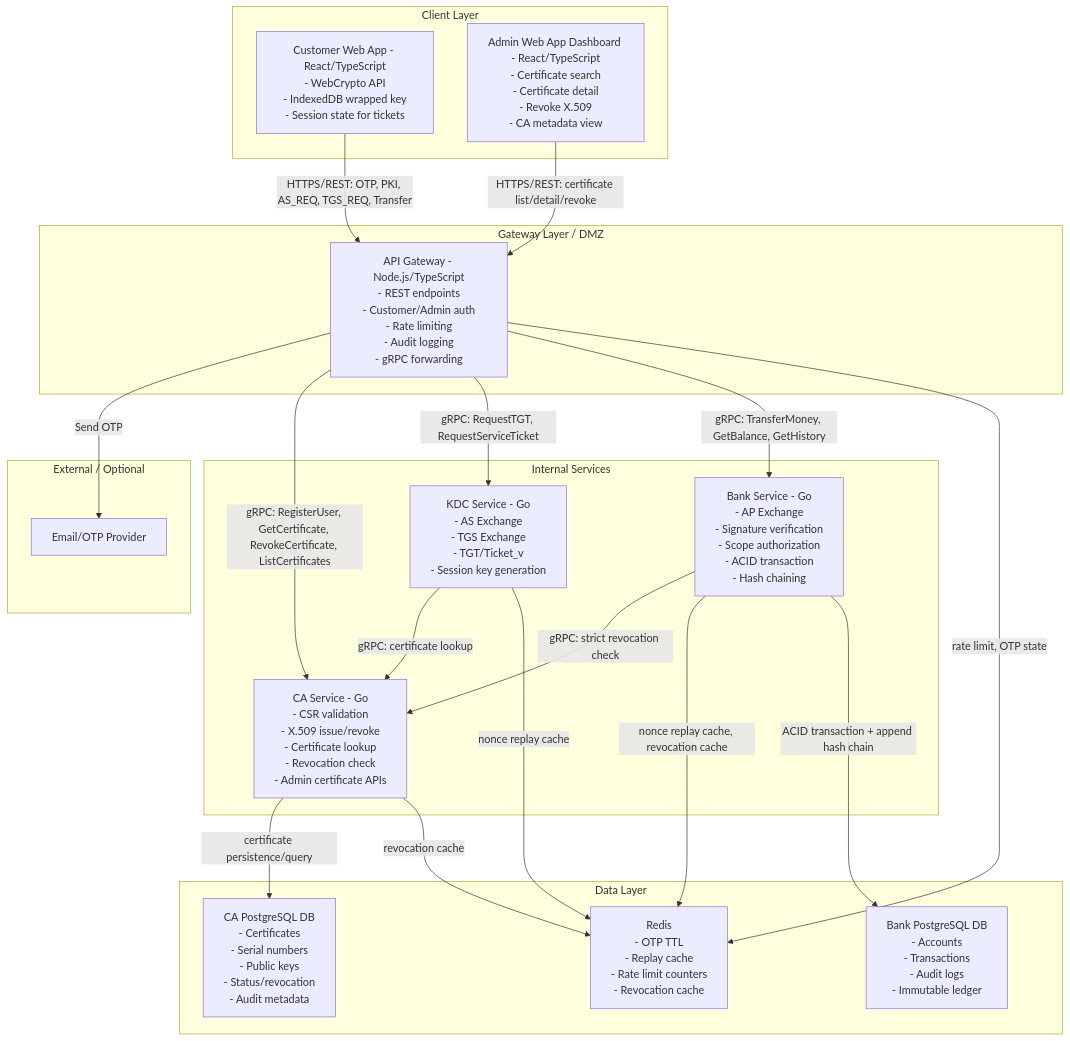
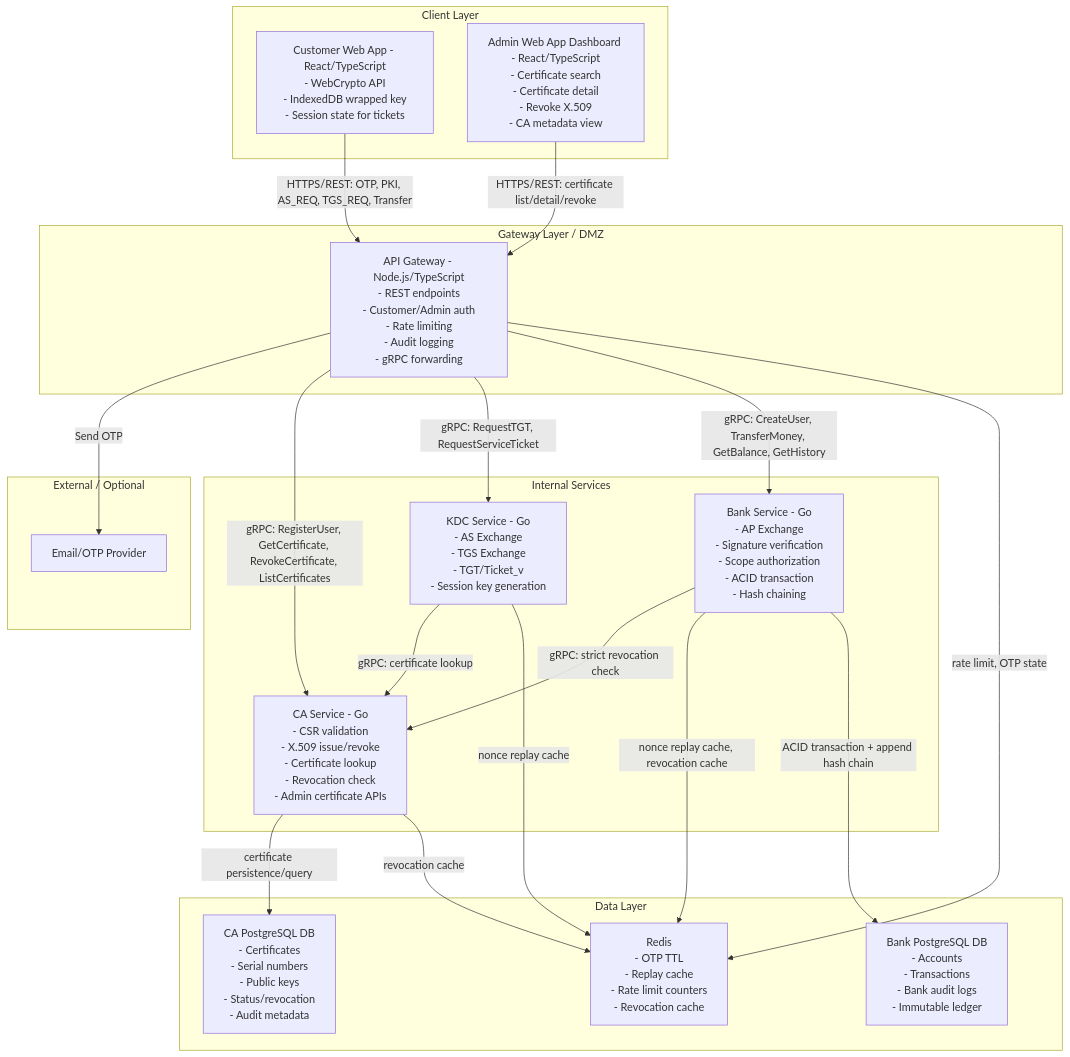
Before and after one commit to TNTT2305hcmus/mini-banking-app: the second of 6 diagrams in blueprint/design.md, drawn with Mermaid. The commit also changed other lines of this file and 25 other files, not shown here.

````diff
--- a/blueprint/design.md
+++ b/blueprint/design.md
@@ -307,45 +308,45 @@
 ```mermaid
 flowchart TB
     subgraph ClientLayer["Client Layer"]
         CustomerWeb["Customer Web App - React/TypeScript\n- WebCrypto API\n- IndexedDB wrapped key\n- Session state for tickets"]
         AdminDashboard["Admin Web App Dashboard - React/TypeScript\n- Certificate search\n- Certificate detail\n- Revoke X.509\n- CA metadata view"]
     end
 
     subgraph DMZ["Gateway Layer / DMZ"]
         Gateway["API Gateway - Node.js/TypeScript\n- REST endpoints\n- Customer/Admin auth\n- Rate limiting\n- Audit logging\n- gRPC forwarding"]
     end
 
     subgraph Internal["Internal Services"]
         CA["CA Service - Go\n- CSR validation\n- X.509 issue/revoke\n- Certificate lookup\n- Revocation check\n- Admin certificate APIs"]
         KDC["KDC Service - Go\n- AS Exchange\n- TGS Exchange\n- TGT/Ticket_v\n- Session key generation"]
         Bank["Bank Service - Go\n- AP Exchange\n- Signature verification\n- Scope authorization\n- ACID transaction\n- Hash chaining"]
     end
 
     subgraph Data["Data Layer"]
         CADB["CA PostgreSQL DB\n- Certificates\n- Serial numbers\n- Public keys\n- Status/revocation\n- Audit metadata"]
-        BankDB["Bank PostgreSQL DB\n- Accounts\n- Transactions\n- Audit logs\n- Immutable ledger"]
+        BankDB["Bank PostgreSQL DB\n- Accounts\n- Transactions\n- Bank audit logs\n- Immutable ledger"]
         Redis["Redis\n- OTP TTL\n- Replay cache\n- Rate limit counters\n- Revocation cache"]
     end
 
     subgraph External["External / Optional"]
         Email["Email/OTP Provider"]
     end
 
     CustomerWeb -->|HTTPS/REST: OTP, PKI, AS_REQ, TGS_REQ, Transfer| Gateway
     AdminDashboard -->|HTTPS/REST: certificate list/detail/revoke| Gateway
 
     Gateway -->|Send OTP| Email
     Gateway -->|gRPC: RegisterUser, GetCertificate, RevokeCertificate, ListCertificates| CA
     Gateway -->|gRPC: RequestTGT, RequestServiceTicket| KDC
-    Gateway -->|gRPC: TransferMoney, GetBalance, GetHistory| Bank
+    Gateway -->|gRPC: CreateUser, TransferMoney, GetBalance, GetHistory| Bank
 
     KDC -->|gRPC: certificate lookup| CA
     Bank -->|gRPC: strict revocation check| CA
 
     CA -->|certificate persistence/query| CADB
     Gateway -->|rate limit, OTP state| Redis
     CA -->|revocation cache| Redis
     KDC -->|nonce replay cache| Redis
     Bank -->|nonce replay cache, revocation cache| Redis
     Bank -->|ACID transaction + append hash chain| BankDB
 ```
````
